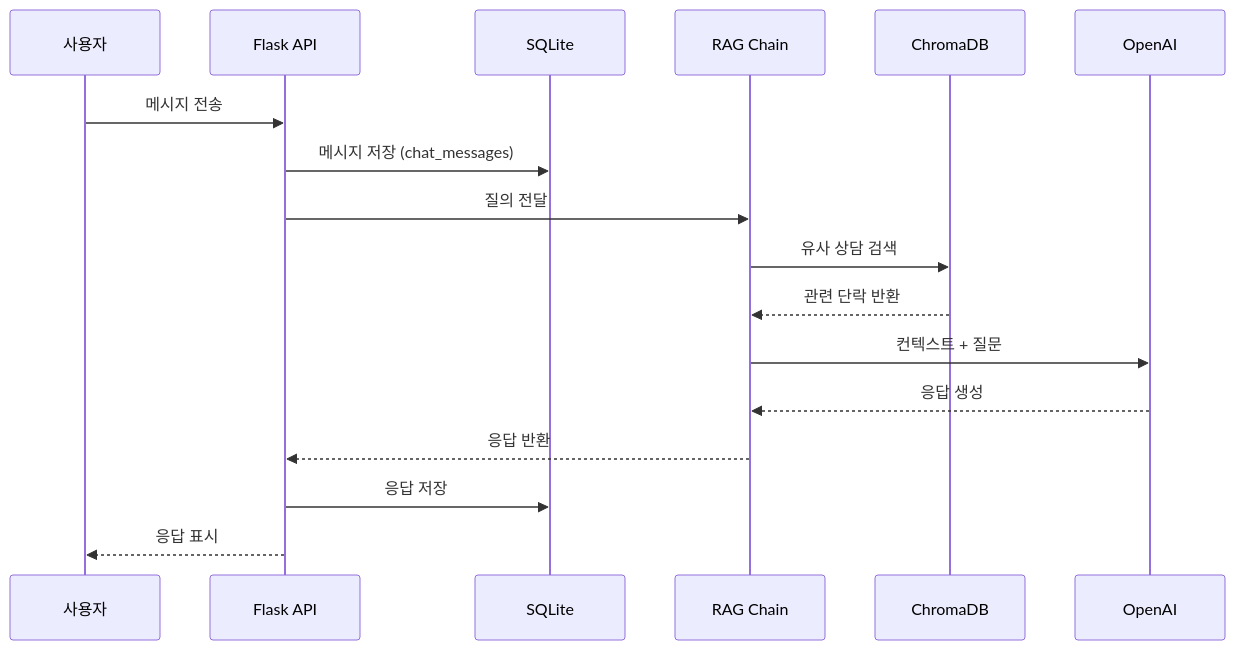
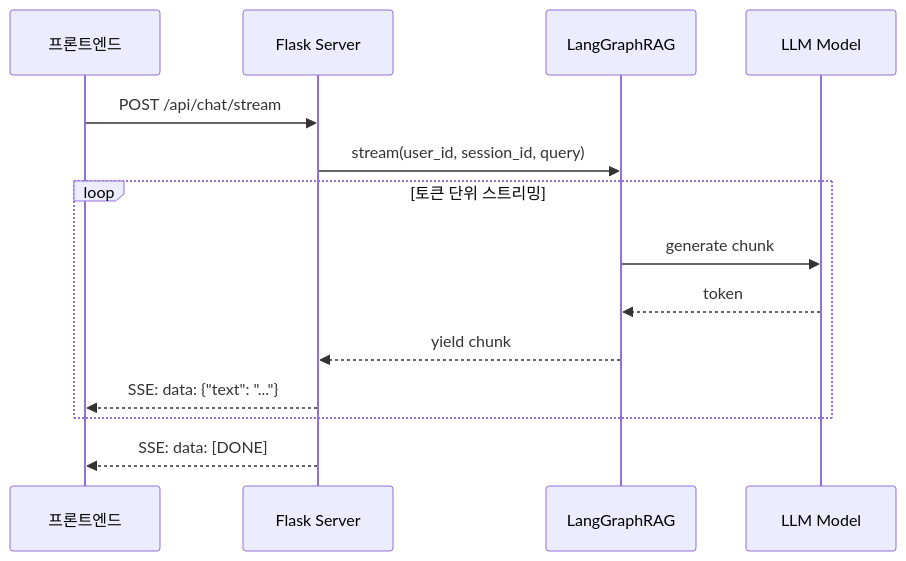
Before and after one commit to SKNETWORKS-FAMILY-AICAMP/SKN21-4th-3Team: the diagram in README.md, drawn with Mermaid. The commit also changed other lines of this file, not shown here.

````diff
--- a/README.md
+++ b/README.md
@@ -223,20 +245,19 @@
 ```mermaid
 sequenceDiagram
-  participant U as 사용자
-  participant API as Flask API
-  participant DB as SQLite
-  participant RAG as RAG Chain
-  participant VDB as ChromaDB
-  participant LLM as OpenAI
+    participant Client as 프론트엔드
+    participant Flask as Flask Server
+    participant RAG as LangGraphRAG
+    participant LLM as LLM Model
 
-  U->>API: 메시지 전송
-  API->>DB: 메시지 저장 (chat_messages)
-  API->>RAG: 질의 전달
-  RAG->>VDB: 유사 상담 검색
-  VDB-->>RAG: 관련 단락 반환
-  RAG->>LLM: 컨텍스트 + 질문
-  LLM-->>RAG: 응답 생성
-  RAG-->>API: 응답 반환
-  API->>DB: 응답 저장
-  API-->>U: 응답 표시
+    Client->>Flask: POST /api/chat/stream
+    Flask->>RAG: stream(user_id, session_id, query)
+    
+    loop 토큰 단위 스트리밍
+        RAG->>LLM: generate chunk
+        LLM-->>RAG: token
+        RAG-->>Flask: yield chunk
+        Flask-->>Client: SSE: data: {"text": "..."}
+    end
+    
+    Flask-->>Client: SSE: data: [DONE]
 ```
````
